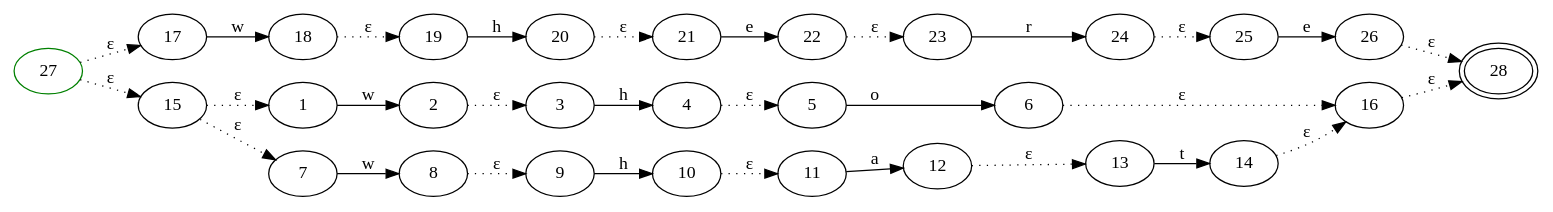
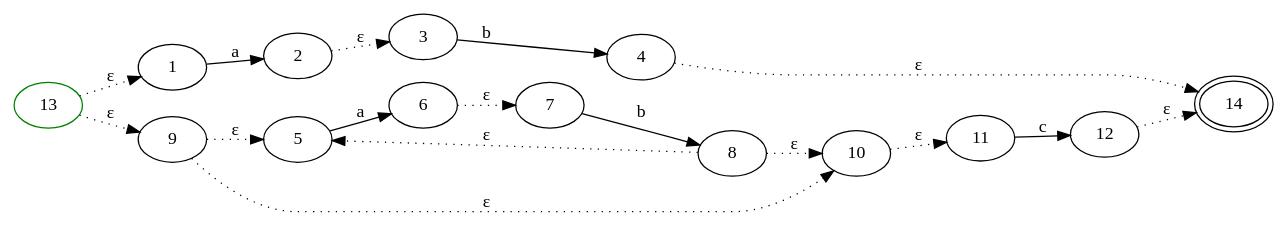
The first of 3 diagrams in lua_demo/README.md (JuanZoran/Principle-of-compilation-from-scratch), drawn with Graphviz before and after one commit. The commit also changed other lines of this file and 12 other files, not shown here.

````diff
--- a/lua_demo/README.md
+++ b/lua_demo/README.md
@@ -11,38 +11,25 @@
 ```dot
-// Start State: 27
-// Final State: 28
+// Start State: 13
+// Final State: 14
 digraph {
 rankdir = LR
-27 [color=green]
-28 [peripheries=2]
-1 -> 2 [label="w"]
-3 -> 4 [label="h"]
-5 -> 6 [label="o"]
-7 -> 8 [label="w"]
-9 -> 10 [label="h"]
-11 -> 12 [label="a"]
-13 -> 14 [label="t"]
-17 -> 18 [label="w"]
-19 -> 20 [label="h"]
-21 -> 22 [label="e"]
-23 -> 24 [label="r"]
-25 -> 26 [label="e"]
+13 [color=green]
+14 [peripheries=2]
+1 -> 2 [label="a"]
+3 -> 4 [label="b"]
+5 -> 6 [label="a"]
+7 -> 8 [label="b"]
+11 -> 12 [label="c"]
 2 -> 3 [style=dotted, label="ε"]
-4 -> 5 [style=dotted, label="ε"]
-6 -> 16 [style=dotted, label="ε"]
-8 -> 9 [style=dotted, label="ε"]
+4 -> 14 [style=dotted, label="ε"]
+6 -> 7 [style=dotted, label="ε"]
+8 -> 10 [style=dotted, label="ε"]
+8 -> 5 [style=dotted, label="ε"]
+9 -> 5 [style=dotted, label="ε"]
+9 -> 10 [style=dotted, label="ε"]
 10 -> 11 [style=dotted, label="ε"]
-12 -> 13 [style=dotted, label="ε"]
-14 -> 16 [style=dotted, label="ε"]
-15 -> 7 [style=dotted, label="ε"]
-15 -> 1 [style=dotted, label="ε"]
-16 -> 28 [style=dotted, label="ε"]
-18 -> 19 [style=dotted, label="ε"]
-20 -> 21 [style=dotted, label="ε"]
-22 -> 23 [style=dotted, label="ε"]
-24 -> 25 [style=dotted, label="ε"]
-26 -> 28 [style=dotted, label="ε"]
-27 -> 17 [style=dotted, label="ε"]
-27 -> 15 [style=dotted, label="ε"]
+12 -> 14 [style=dotted, label="ε"]
+13 -> 9 [style=dotted, label="ε"]
+13 -> 1 [style=dotted, label="ε"]
 }
 ```
````
